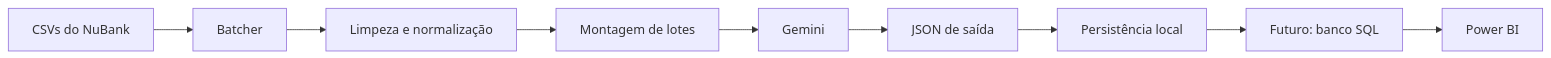
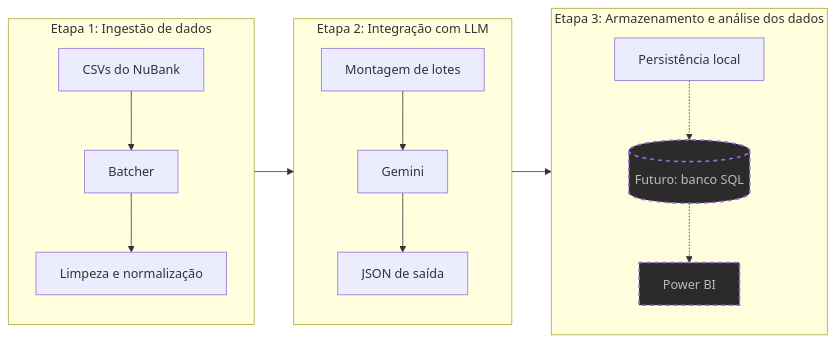
Before and after one commit to marcelovmag/ai-finance-agent: the diagram in README.md, drawn with Mermaid.

Commit message:
improves README.md flowchart

````diff
--- a/README.md
+++ b/README.md
@@ -32,11 +32,29 @@
 ```mermaid
 flowchart LR
-    A[CSVs do NuBank] --> B[Batcher]
-    B --> C[Limpeza e normalização]
-    C --> D[Montagem de lotes]
-    D --> E[Gemini]
-    E --> F[JSON de saída]
-    F --> G[Persistência local]
-    G --> H[Futuro: banco SQL]
-    H --> I[Power BI]
+    %% Configura a primeira coluna (Esquerda)
+    subgraph Coluna1 [Etapa 1: Ingestão de dados]
+        direction TB
+        A[CSVs do NuBank] --> B[Batcher] --> C[Limpeza e normalização]
+    end
+
+    %% Configura a segunda coluna (Centro)
+    subgraph Coluna2 [Etapa 2: Integração com LLM]
+        direction TB
+        D[Montagem de lotes] --> E[Gemini] --> F[JSON de saída]
+    end
+
+    %% Configura a terceira coluna (Direita)
+    subgraph Coluna3 [Etapa 3: Armazenamento e análise dos dados]
+        direction TB
+        G[Persistência local] -.-> H[(Futuro: banco SQL)] -.-> I[Power BI]
+    end
+
+    %% Conexões horizontais obrigatórias entre as colunas
+    C --> D
+    F --> G
+
+    %% Estilos dos nós futuros
+    style H stroke-width:2px,stroke-dasharray: 5 5,fill:#2b2b2b,color:#bbb
+    style I stroke-width:2px,stroke-dasharray: 5 5,fill:#2b2b2b,color:#bbb
+
 ```
````
